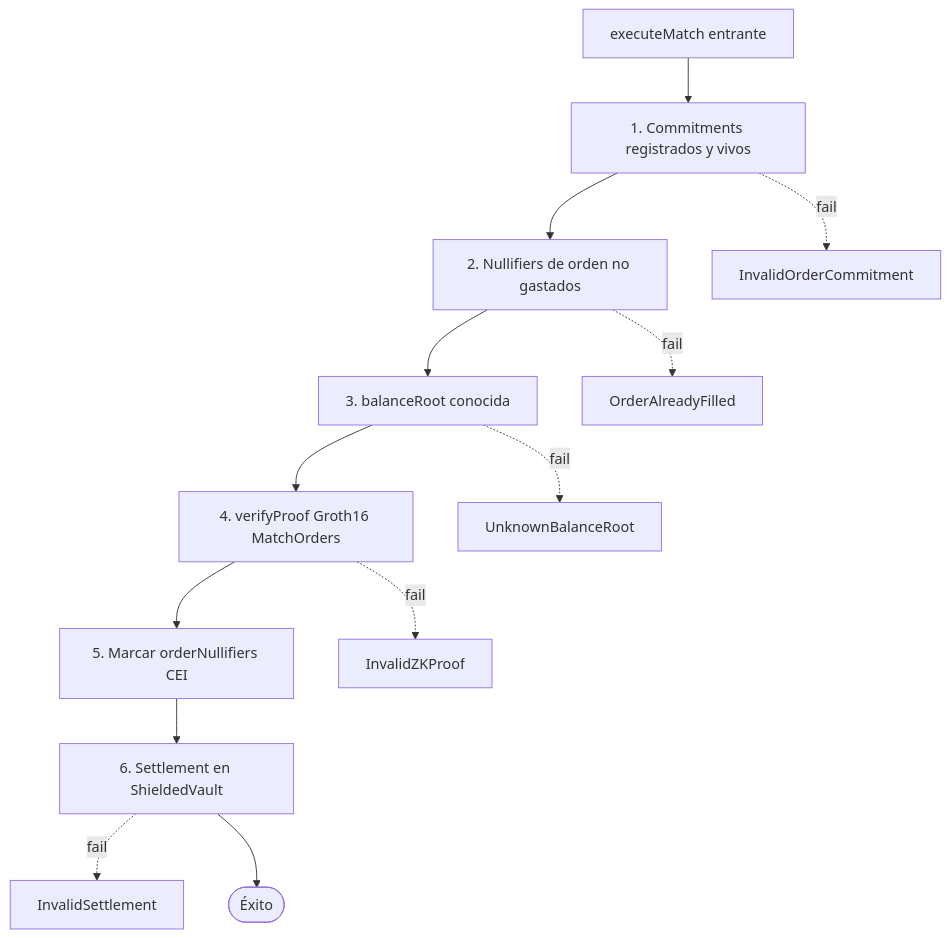
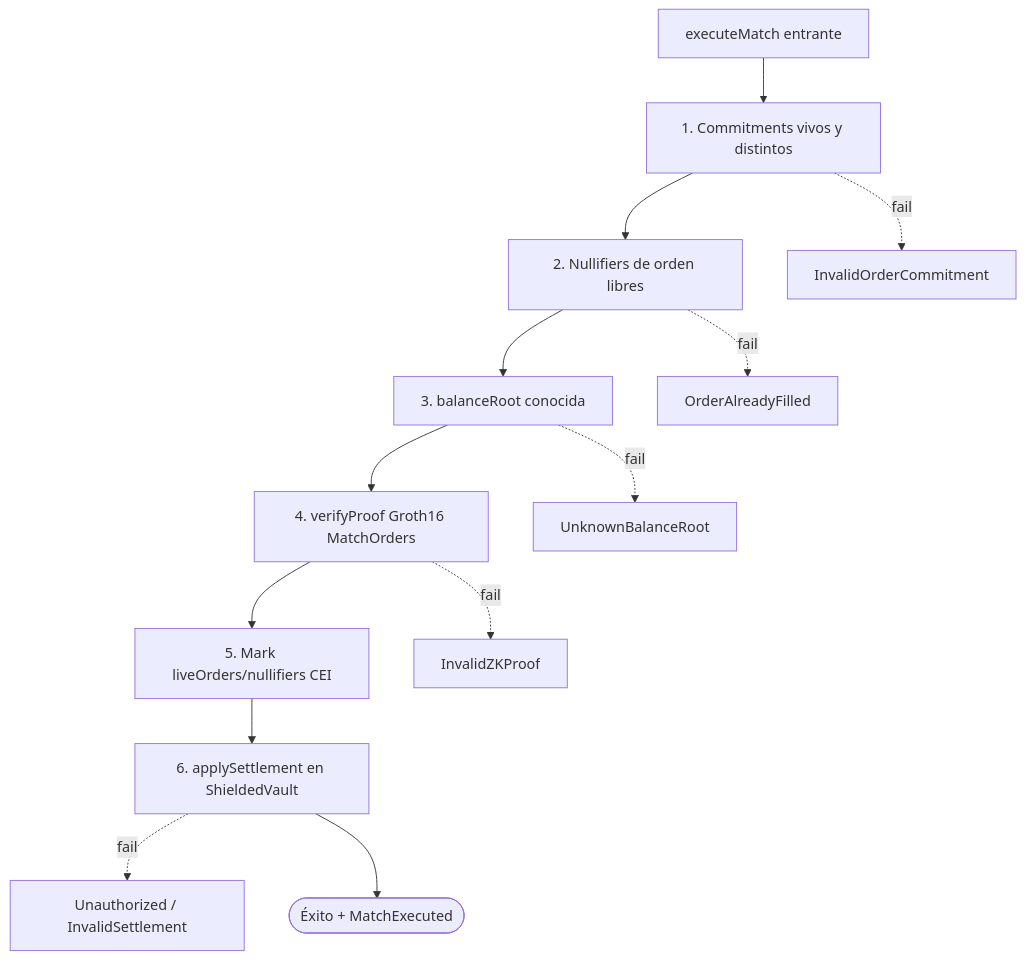
One commit to rastrahm/zk-dark-pool changed the third of 5 diagrams in doc/flujograma.md. Above: the diagram before and after it, drawn with Mermaid. The commit also changed other lines of this file and 13 other files, not shown here.

````diff
--- a/doc/flujograma.md
+++ b/doc/flujograma.md
@@ -62,15 +68,15 @@
 ```mermaid
 flowchart TD
-    A[executeMatch entrante] --> B[1. Commitments registrados y vivos]
-    B --> C[2. Nullifiers de orden no gastados]
+    A[executeMatch entrante] --> B[1. Commitments vivos y distintos]
+    B --> C[2. Nullifiers de orden libres]
     C --> D[3. balanceRoot conocida]
     D --> E[4. verifyProof Groth16 MatchOrders]
-    E --> F[5. Marcar orderNullifiers CEI]
-    F --> G[6. Settlement en ShieldedVault]
+    E --> F[5. Mark liveOrders/nullifiers CEI]
+    F --> G[6. applySettlement en ShieldedVault]
     B -.->|fail| X1[InvalidOrderCommitment]
     C -.->|fail| X2[OrderAlreadyFilled]
     D -.->|fail| X3[UnknownBalanceRoot]
     E -.->|fail| X4[InvalidZKProof]
-    G -.->|fail| X5[InvalidSettlement]
-    G --> Ok([Éxito])
+    G -.->|fail| X5[Unauthorized / InvalidSettlement]
+    G --> Ok([Éxito + MatchExecuted])
 ```
````
